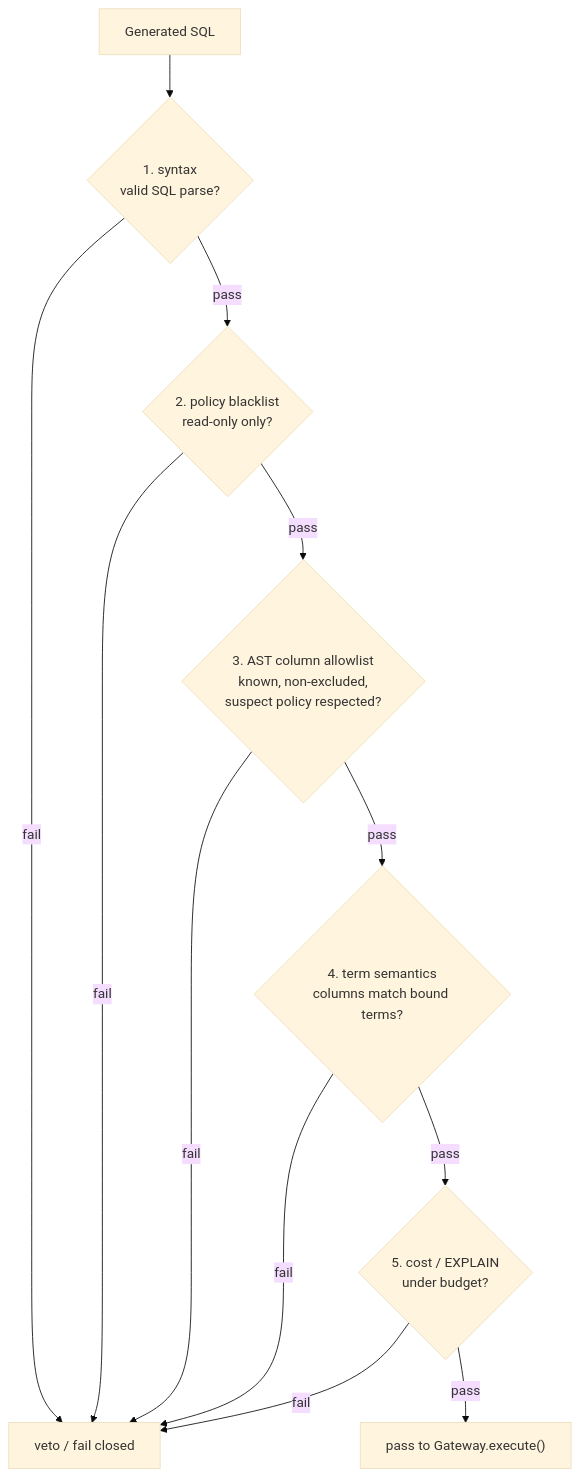
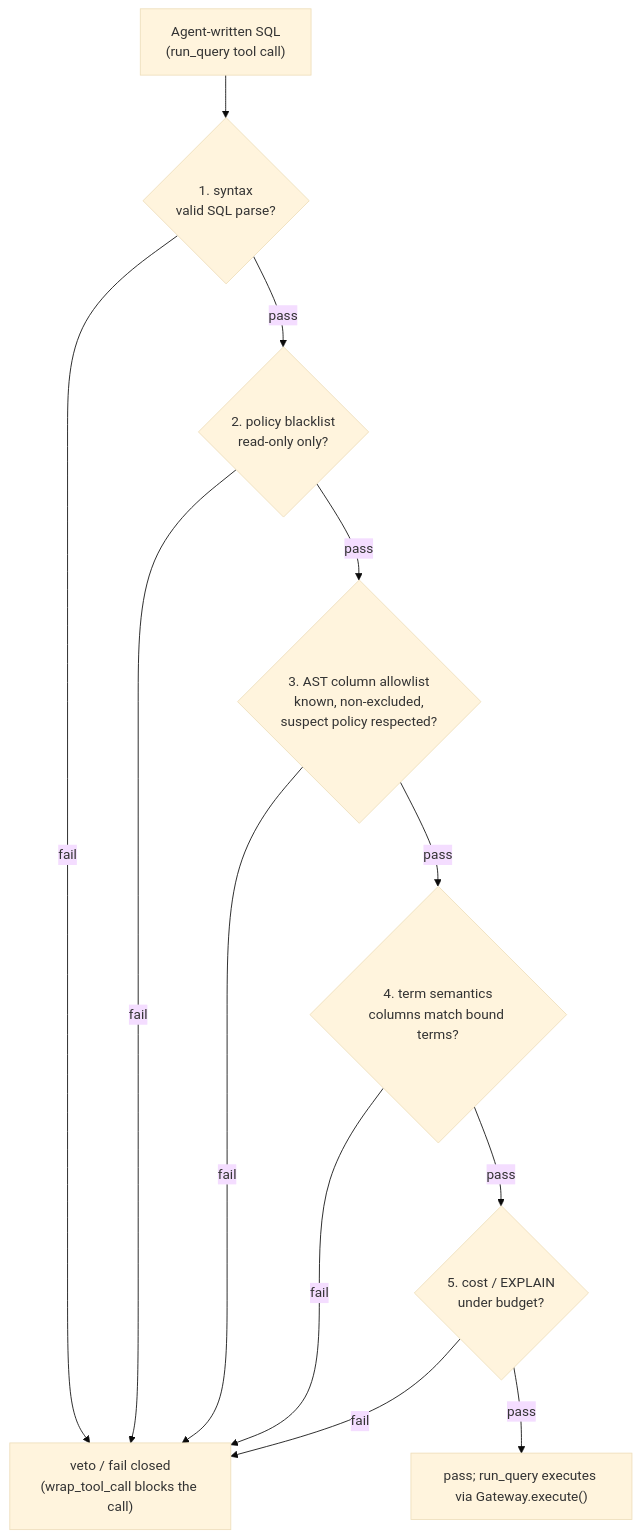
Before and after one commit to Minhao-Zhang/governed-bi: the sixth of 6 diagrams in docs/diagrams/server.zh.md, drawn with Mermaid (base theme). The commit also changed other lines of this file and 25 other files, not shown here.

````diff
--- a/docs/diagrams/server.zh.md
+++ b/docs/diagrams/server.zh.md
@@ -159,14 +163,14 @@
 ```mermaid
 flowchart TD
-    SQL["Generated SQL"] --> Syntax{"1. syntax<br/>valid SQL parse?"}
-    Syntax -->|fail| Veto["veto / fail closed"]
+    SQL["Agent-written SQL<br/>(run_query tool call)"] --> Syntax{"1. syntax<br/>valid SQL parse?"}
+    Syntax -->|fail| Veto["veto / fail closed<br/>(wrap_tool_call blocks the call)"]
     Syntax -->|pass| Policy{"2. policy blacklist<br/>read-only only?"}
     Policy -->|fail| Veto
     Policy -->|pass| AST{"3. AST column allowlist<br/>known, non-excluded,<br/>suspect policy respected?"}
     AST -->|fail| Veto
     AST -->|pass| Semantics{"4. term semantics<br/>columns match bound terms?"}
     Semantics -->|fail| Veto
     Semantics -->|pass| Cost{"5. cost / EXPLAIN<br/>under budget?"}
     Cost -->|fail| Veto
-    Cost -->|pass| Pass["pass to Gateway.execute()"]
+    Cost -->|pass| Pass["pass; run_query executes via Gateway.execute()"]
 ```
````
